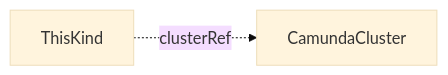
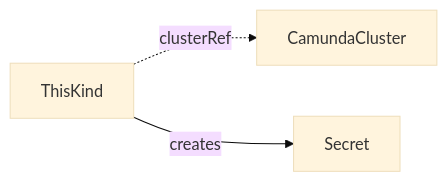
One commit to konsole-is/camunda-operator changed the diagram in docs/crds/TEMPLATE.md. Above: the diagram before and after it, drawn with Mermaid (base theme). The commit also changed other lines of this file and 30 other files, not shown here.

````diff
--- a/docs/crds/TEMPLATE.md
+++ b/docs/crds/TEMPLATE.md
@@ -38,4 +30,5 @@
 ```mermaid
 graph LR
     A[ThisKind] -.->|clusterRef| CC[CamundaCluster]
+    A -->|creates| S["Secret"]
 ```
````
